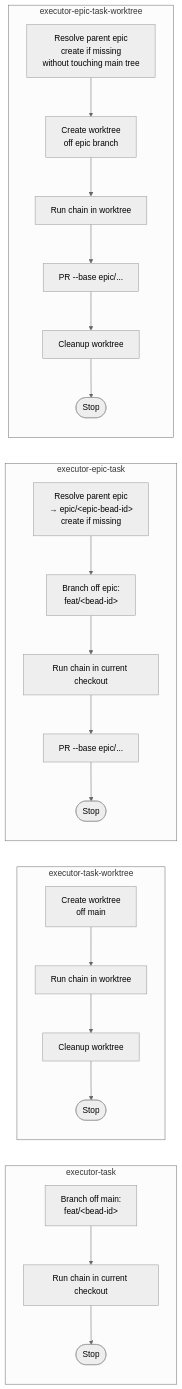
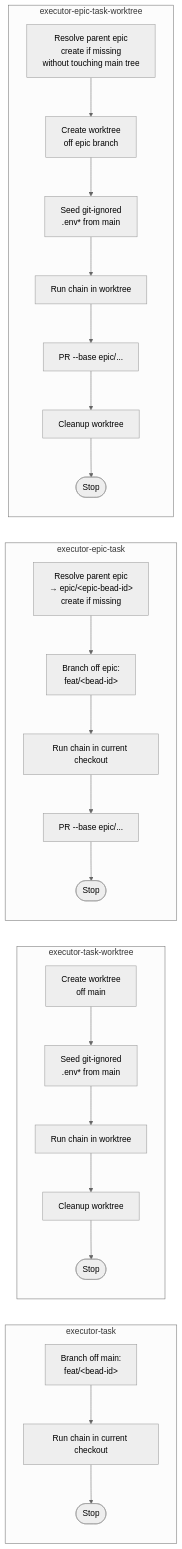
One commit to jsiovn/workflow-template changed the fourth of 5 diagrams in docs/SKILLS_RELATIONSHIPS.md. Above: the diagram before and after it, drawn with Mermaid (neutral theme). The commit also changed other lines of this file and 55 other files, not shown here.

First line of the commit message:
Add executor-epic-sequential skill; seed git-ignored env files into executor worktrees (#11)

````diff
--- a/docs/SKILLS_RELATIONSHIPS.md
+++ b/docs/SKILLS_RELATIONSHIPS.md
@@ -164,15 +166,15 @@
 ```mermaid
 flowchart LR
     subgraph ET[executor-task]
         ETA[Branch off main:<br/>feat/&lt;bead-id&gt;] --> ETB[Run chain in current checkout] --> ETC([Stop])
     end
     subgraph ETW[executor-task-worktree]
-        ETWA[Create worktree<br/>off main] --> ETWB[Run chain in worktree] --> ETWC[Cleanup worktree] --> ETWD([Stop])
+        ETWA[Create worktree<br/>off main] --> ETWA2[Seed git-ignored<br/>.env* from main] --> ETWB[Run chain in worktree] --> ETWC[Cleanup worktree] --> ETWD([Stop])
     end
     subgraph EET[executor-epic-task]
         EETA[Resolve parent epic<br/>→ epic/&lt;epic-bead-id&gt;<br/>create if missing] --> EETB[Branch off epic:<br/>feat/&lt;bead-id&gt;] --> EETC[Run chain in current checkout] --> EETD[PR --base epic/...] --> EETE([Stop])
     end
     subgraph EETW[executor-epic-task-worktree]
-        EETWA[Resolve parent epic<br/>create if missing<br/>without touching main tree] --> EETWB[Create worktree<br/>off epic branch] --> EETWC[Run chain in worktree] --> EETWD[PR --base epic/...] --> EETWE[Cleanup worktree] --> EETWF([Stop])
+        EETWA[Resolve parent epic<br/>create if missing<br/>without touching main tree] --> EETWB[Create worktree<br/>off epic branch] --> EETWB2[Seed git-ignored<br/>.env* from main] --> EETWC[Run chain in worktree] --> EETWD[PR --base epic/...] --> EETWE[Cleanup worktree] --> EETWF([Stop])
     end
 ```
````
